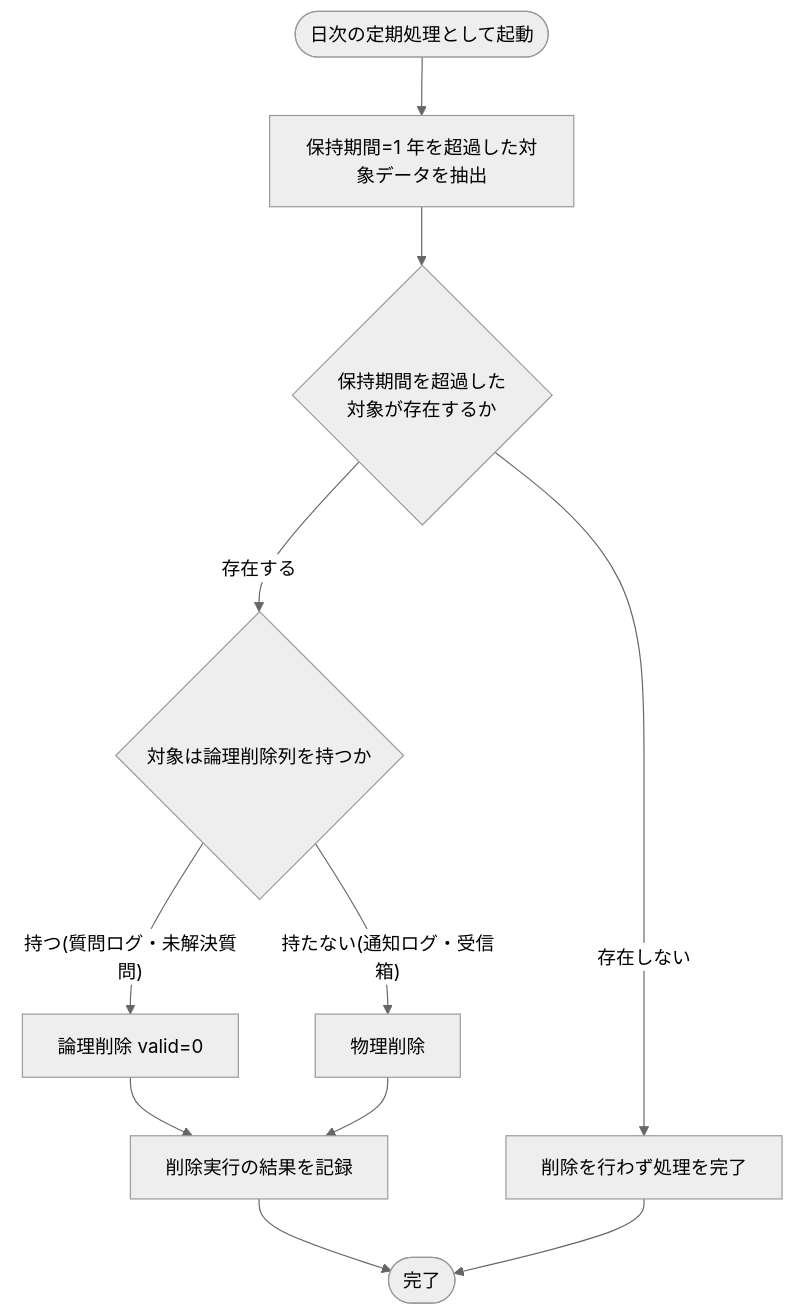
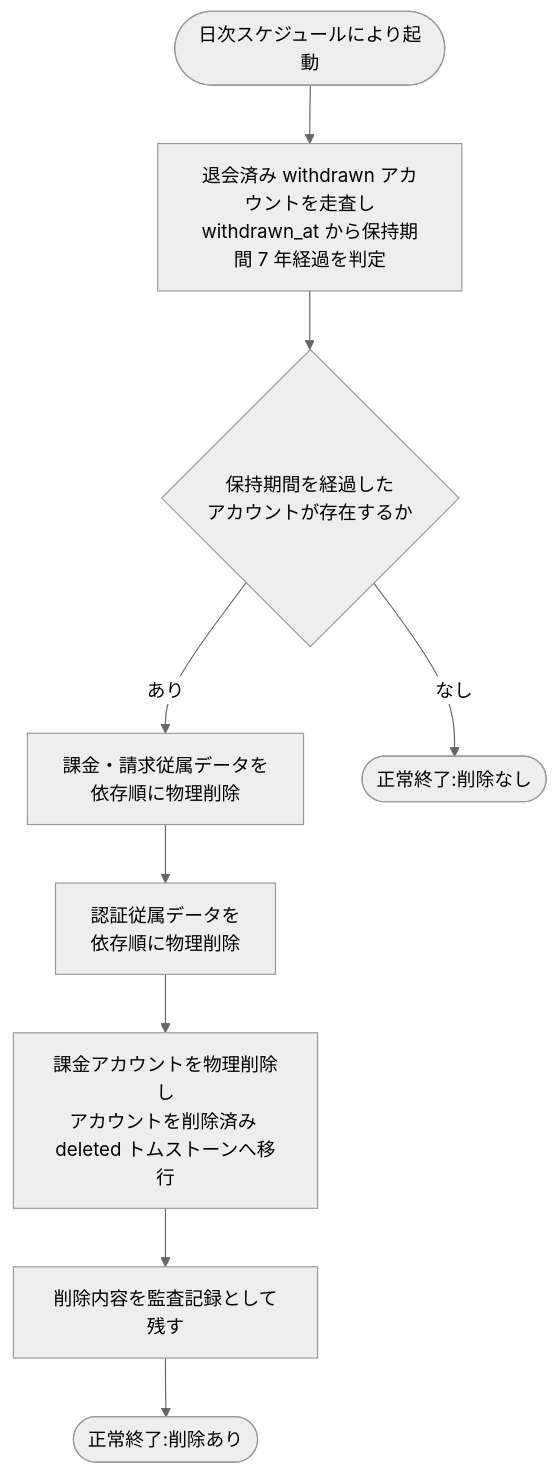
The diagram in 02_basic_design/02_backend/01_system/SYS-034.md (sikakou54/open-faq), drawn with Mermaid (neutral theme) before and after one commit. The commit also changed other lines of this file and 395 other files, not shown here.

````diff
--- a/02_basic_design/02_backend/01_system/SYS-034.md
+++ b/02_basic_design/02_backend/01_system/SYS-034.md
@@ -38,13 +38,11 @@
 ```mermaid
 flowchart TB
-  S([日次の定期処理として起動]) --> A[保持期間=1 年を超過した対象データを抽出]
-  A --> B{保持期間を超過した<br/>対象が存在するか}
-  B -- 存在する --> C{対象は論理削除列を持つか}
-  C -- 持つ(質問ログ・未解決質問) --> D[論理削除 valid=0]
-  C -- 持たない(通知ログ・受信箱) --> E[物理削除]
-  D --> F[削除実行の結果を記録]
-  E --> F
-  F --> G([完了])
-  B -- 存在しない --> H[削除を行わず処理を完了]
-  H --> G
+  S([日次スケジュールにより起動]) --> A[退会済み withdrawn アカウントを走査し<br/>withdrawn_at から保持期間 7 年経過を判定]
+  A --> B{保持期間を経過した<br/>アカウントが存在するか}
+  B -- あり --> C[課金・請求従属データを<br/>依存順に物理削除]
+  C --> D[認証従属データを<br/>依存順に物理削除]
+  D --> E[課金アカウントを物理削除し<br/>アカウントを削除済み deleted トムストーンへ移行]
+  E --> F[削除内容を監査記録として残す]
+  F --> G([正常終了:削除あり])
+  B -- なし --> H([正常終了:削除なし])
 ```
````
